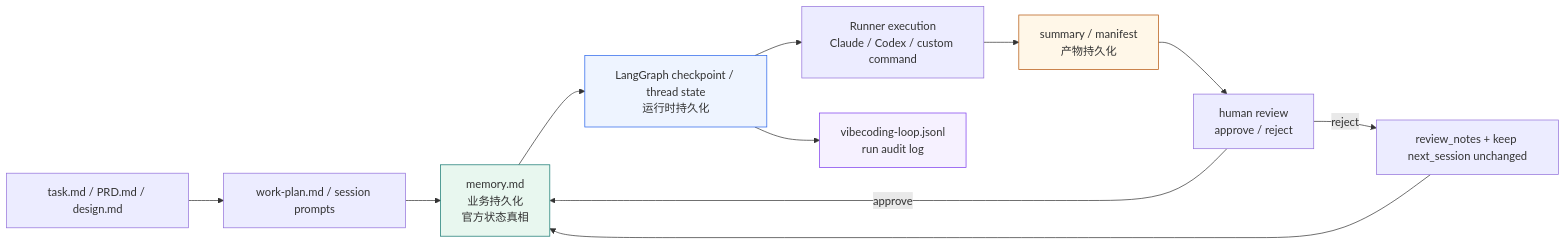
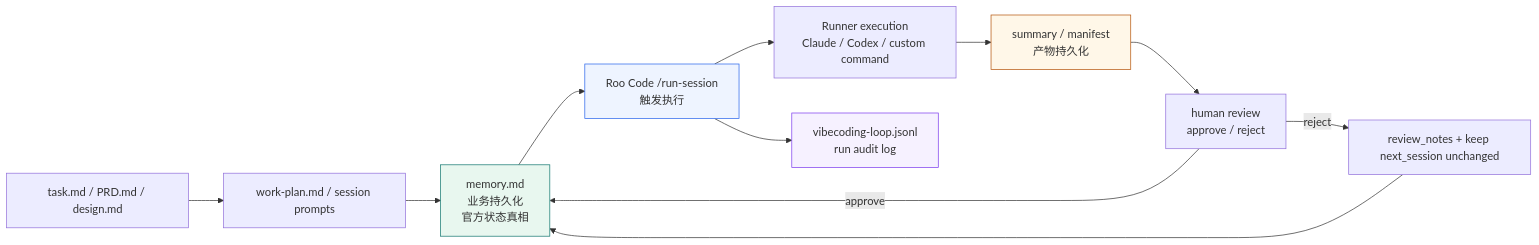
One commit to qi9zg202-source/vibecodingworkflow changed the fifth of 6 diagrams in docs/workflow-standard.md. Above: the diagram before and after it, drawn with Mermaid. The commit also changed other lines of this file and 11 other files, not shown here.

````diff
--- a/docs/workflow-standard.md
+++ b/docs/workflow-standard.md
@@ -229,19 +250,19 @@
 ```mermaid
 flowchart LR
     A["task.md / PRD.md / design.md"] --> B["work-plan.md / session prompts"]
     B --> C["memory.md\n业务持久化\n官方状态真相"]
-    C --> D["LangGraph checkpoint / thread state\n运行时持久化"]
+    C --> D["Roo Code /run-session\n触发执行"]
     D --> E["Runner execution\nClaude / Codex / custom command"]
     E --> F["summary / manifest\n产物持久化"]
     F --> G["human review\napprove / reject"]
     G -->|approve| C
     G -->|reject| H["review_notes + keep next_session unchanged"]
     H --> C
 
     D --> I["vibecoding-loop.jsonl\nrun audit log"]
 
     style C fill:#e8f7ef,stroke:#0f766e
     style D fill:#eef4ff,stroke:#2563eb
     style F fill:#fff7e8,stroke:#b45309
     style I fill:#f6f1ff,stroke:#7c3aed
 ```
````
